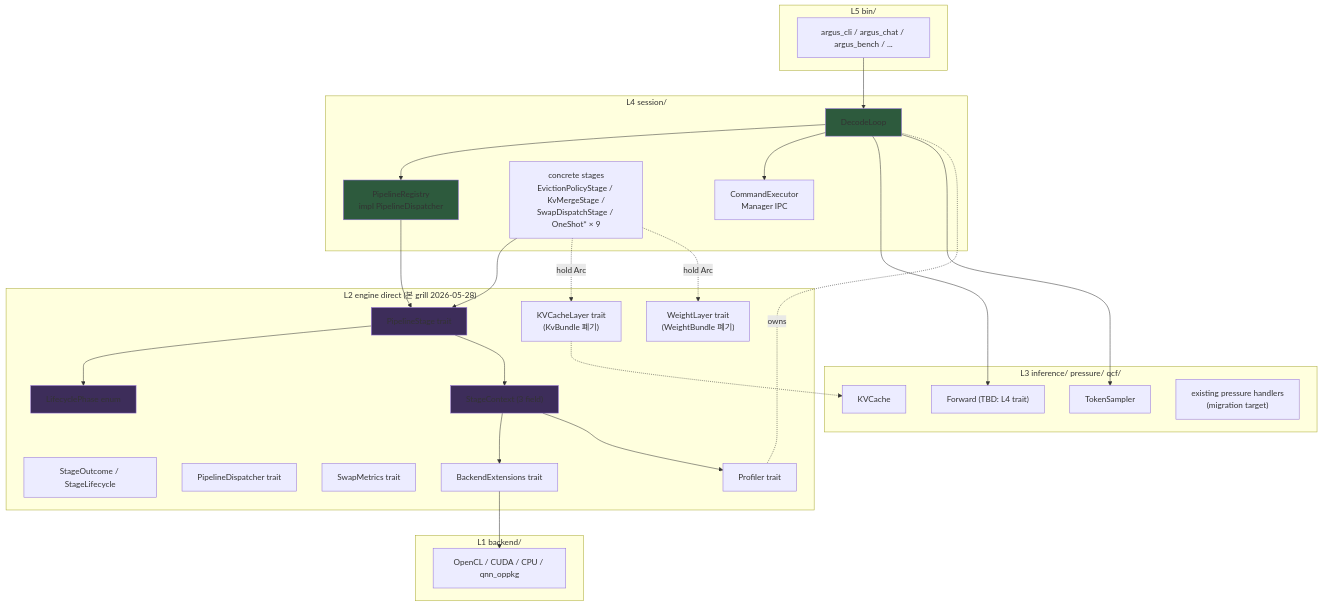
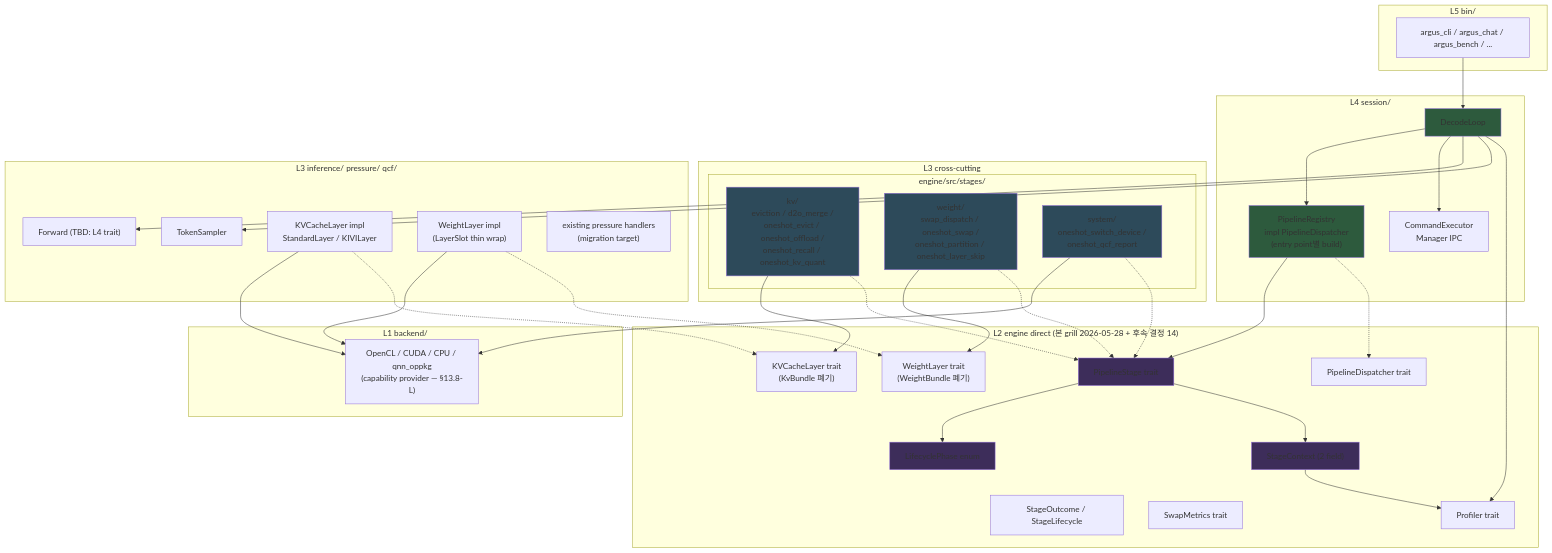
Before and after one commit to hedone21/llm_rs2: the first of 2 diagrams in arch/pipeline_stage_design.md, drawn with Mermaid. The commit also changed other lines of this file and 3 other files, not shown here.

First line of the commit message:
docs(pipeline): post-grill review 2차 — BackendExtensions 폐기 + ctx 3→2 field + stages L3 cross-cutting + PipelineDispatcher trait 유지

````diff
--- a/arch/pipeline_stage_design.md
+++ b/arch/pipeline_stage_design.md
@@ -76,4 +76,7 @@
 ```mermaid
+%% Arrow convention (post-grill review 2026-05-28):
+%%   `-->`  = "uses" (call dependency, runtime 의존성)
+%%   `-.->` = "implements" (abstraction relationship, trait 구현)
 flowchart TB
     subgraph L5 ["L5 bin/"]
         bins["argus_cli / argus_chat / argus_bench / ..."]
@@ -81,55 +84,75 @@
 
     subgraph L4 ["L4 session/"]
         decode["DecodeLoop"]
-        registry["PipelineRegistry<br/>impl PipelineDispatcher"]
-        stages["concrete stages<br/>EvictionPolicyStage / KvMergeStage /<br/>SwapDispatchStage / OneShot* × 9"]
+        registry["PipelineRegistry<br/>impl PipelineDispatcher<br/>(entry point별 build)"]
         cmdexec["CommandExecutor<br/>Manager IPC"]
+    end
+
+    subgraph L3cc ["L3 cross-cutting"]
+        subgraph L3stages ["engine/src/stages/"]
+            stages_kv["kv/<br/>eviction / d2o_merge /<br/>oneshot_evict / oneshot_offload /<br/>oneshot_recall / oneshot_kv_quant"]
+            stages_w["weight/<br/>swap_dispatch / oneshot_swap /<br/>oneshot_partition / oneshot_layer_skip"]
+            stages_sys["system/<br/>oneshot_switch_device /<br/>oneshot_qcf_report"]
+        end
     end
 
     subgraph L3 ["L3 inference/ pressure/ qcf/"]
         forward["Forward (TBD: L4 trait)"]
         sampler["TokenSampler"]
-        kvcache["KVCache"]
+        kvcache_impl["KVCacheLayer impl<br/>StandardLayer / KIVILayer"]
+        weight_impl["WeightLayer impl<br/>(LayerSlot thin wrap)"]
         pressure_handlers["existing pressure handlers<br/>(migration target)"]
     end
 
-    subgraph L2 ["L2 engine direct (본 grill 2026-05-28)"]
+    subgraph L2 ["L2 engine direct (본 grill 2026-05-28 + 후속 결정 14)"]
         pstage["PipelineStage trait"]
         phase["LifecyclePhase enum"]
-        sctx["StageContext (3 field)"]
+        sctx["StageContext (2 field)"]
         outcome["StageOutcome / StageLifecycle"]
         pdisp["PipelineDispatcher trait"]
         kvl["KVCacheLayer trait<br/>(KvBundle 폐기)"]
         wl["WeightLayer trait<br/>(WeightBundle 폐기)"]
         swm["SwapMetrics trait"]
-        bext["BackendExtensions trait"]
         prof["Profiler trait"]
     end
 
     subgraph L1 ["L1 backend/"]
-        be["OpenCL / CUDA / CPU / qnn_oppkg"]
+        be["OpenCL / CUDA / CPU / qnn_oppkg<br/>(capability provider — §13.8-L)"]
     end
 
+    %% Uses (runtime call dependency)
     bins --> decode
     decode --> registry
     decode --> cmdexec
     decode --> forward
     decode --> sampler
-    decode -. owns .- prof
+    decode --> prof
     registry --> pstage
-    stages --> pstage
-    stages -. hold Arc<dyn> .-> kvl
-    stages -. hold Arc<dyn> .-> wl
+    stages_kv --> kvl
+    stages_w --> wl
+    %% system stages 는 backend 또는 DecodeLoop 협업 — 직접 layer trait 의존 없음 (별 stage 마다 의존 달라짐)
+    stages_sys --> be
     pstage --> phase
     pstage --> sctx
-    sctx --> bext
     sctx --> prof
-    kvl -.-> kvcache
-    bext --> be
+    %% Layer impl 이 backend ref 보유 + capability 내부 호출 (별 sub-grill, R5 #12)
+    kvcache_impl --> be
+    weight_impl --> be
+
+    %% Implements (trait 구현)
+    stages_kv -.-> pstage
+    stages_w -.-> pstage
+    stages_sys -.-> pstage
+    kvcache_impl -.-> kvl
+    weight_impl -.-> wl
+    registry -.-> pdisp
 
     style pstage fill:#3d2d5a
     style phase fill:#3d2d5a
     style sctx fill:#3d2d5a
     style registry fill:#2d5a3d
     style decode fill:#2d5a3d
+    style stages_kv fill:#2d4a5a
+    style stages_w fill:#2d4a5a
+    style stages_sys fill:#2d4a5a
 ```
````
